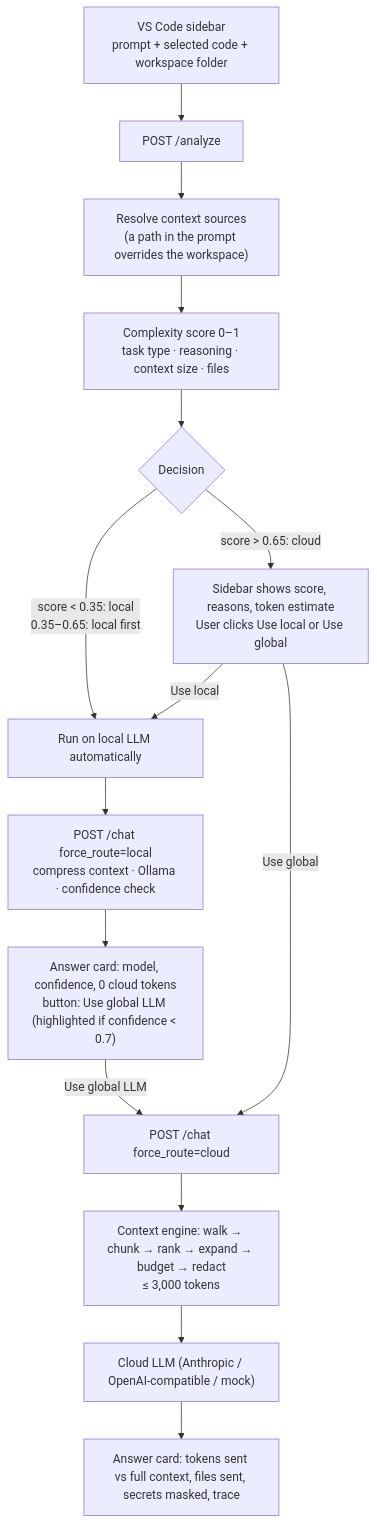
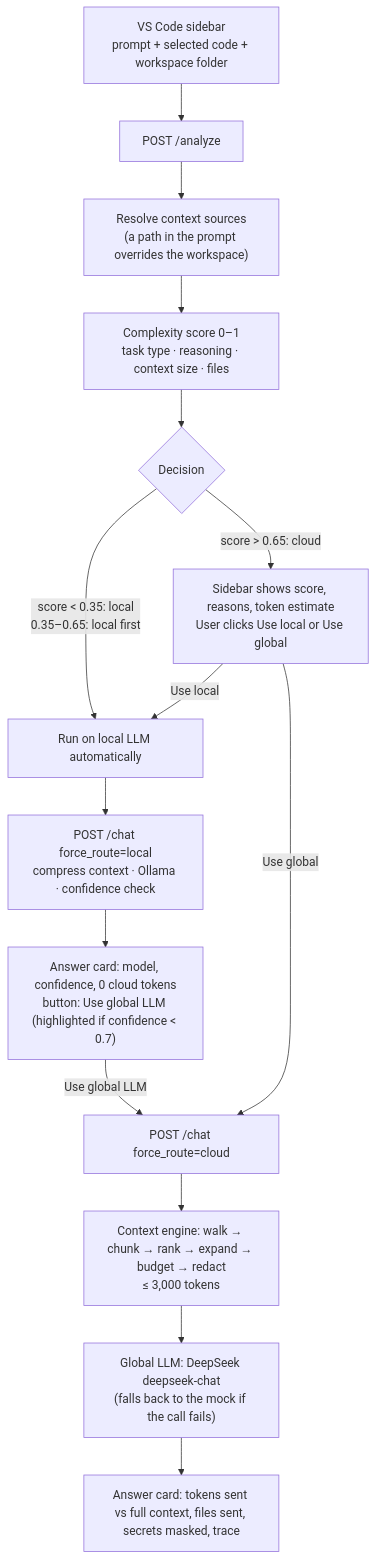
One commit to akash-janapati/TokenGuard changed the diagram in README.md. Above: the diagram before and after it, drawn with Mermaid. The commit also changed other lines of this file and 9 other files, not shown here.

First line of the commit message:
Use DeepSeek as the global LLM, falling back to the mock on failure

````diff
--- a/README.md
+++ b/README.md
@@ -25,17 +25,17 @@
 ```mermaid
 flowchart TD
     A["VS Code sidebar<br/>prompt + selected code + workspace folder"] --> B["POST /analyze"]
     B --> R["Resolve context sources<br/>(a path in the prompt overrides the workspace)"]
     R --> S["Complexity score 0–1<br/>task type · reasoning · context size · files"]
     S --> D{Decision}
     D -- "score < 0.35: local<br/>0.35–0.65: local first" --> L["Run on local LLM automatically"]
     D -- "score > 0.65: cloud" --> C["Sidebar shows score, reasons, token estimate<br/>User clicks Use local or Use global"]
     C -- "Use local" --> L
     C -- "Use global" --> G
     L --> LC["POST /chat force_route=local<br/>compress context · Ollama · confidence check"]
     LC --> LA["Answer card: model, confidence, 0 cloud tokens<br/>button: Use global LLM (highlighted if confidence < 0.7)"]
     LA -- "Use global LLM" --> G["POST /chat force_route=cloud"]
     G --> CE["Context engine: walk → chunk → rank → expand → budget → redact<br/>≤ 3,000 tokens"]
-    CE --> CL["Cloud LLM (Anthropic / OpenAI-compatible / mock)"]
+    CE --> CL["Global LLM: DeepSeek deepseek-chat<br/>(falls back to the mock if the call fails)"]
     CL --> GA["Answer card: tokens sent vs full context, files sent, secrets masked, trace"]
 ```
````
